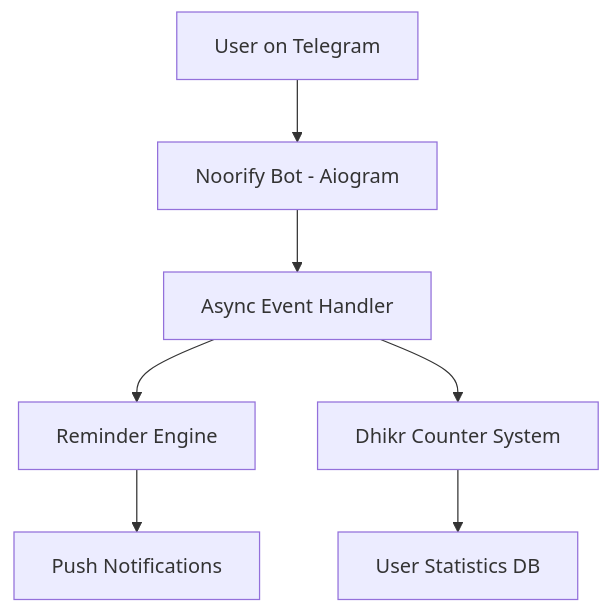
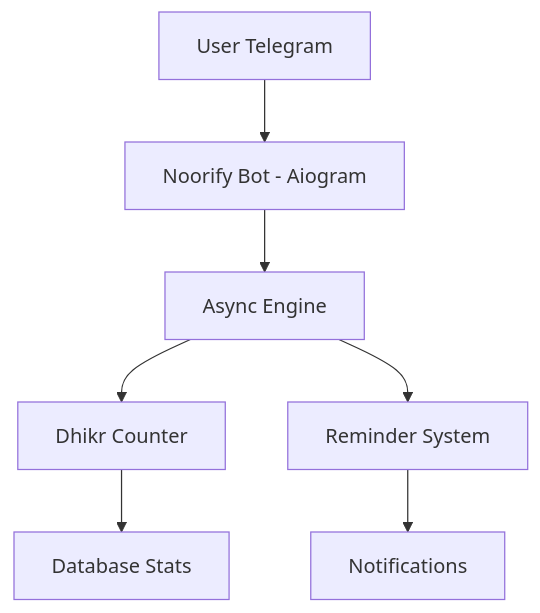
Before and after one commit to RamiDevX/Noorify_Bot: the diagram in README.md, drawn with Mermaid. The commit also changed other lines of this file, not shown here.

`````diff
--- a/README.md
+++ b/README.md
@@ -43,9 +51,9 @@
 ```mermaid
 flowchart TD
-A[User on Telegram] --> B[Noorify Bot - Aiogram]
-B --> C[Async Event Handler]
-C --> D[Reminder Engine]
-C --> E[Dhikr Counter System]
-D --> F[Push Notifications]
-E --> G[User Statistics DB]
-```
+A[User Telegram] --> B[Noorify Bot - Aiogram]
+B --> C[Async Engine]
+C --> D[Dhikr Counter]
+C --> E[Reminder System]
+D --> F[Database Stats]
+E --> G[Notifications]
+````
`````
